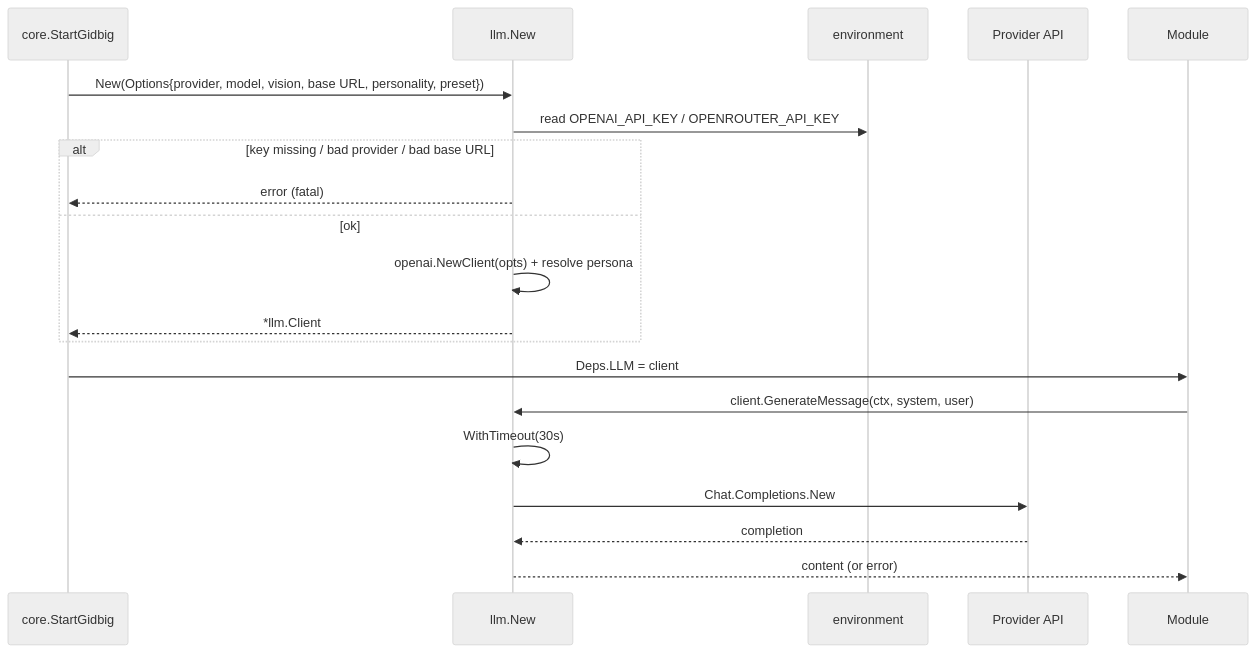
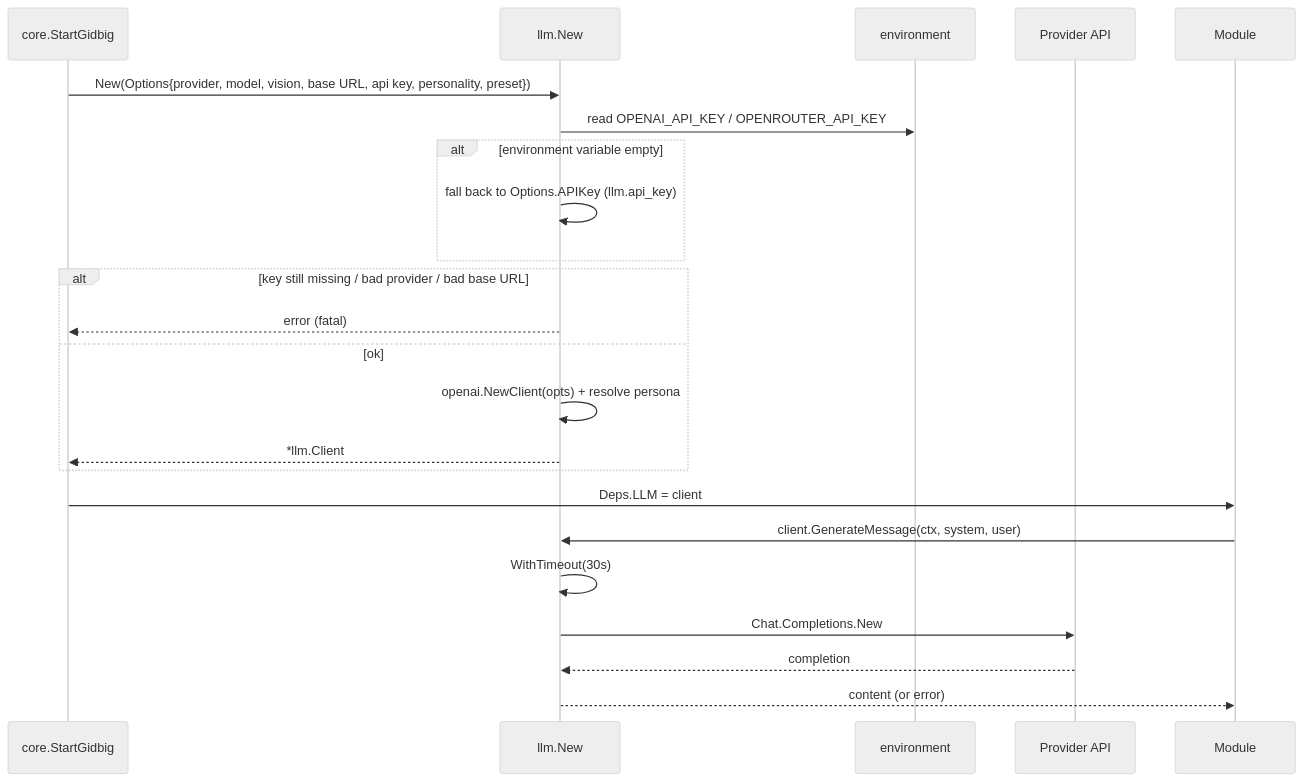
The diagram in docs/modules/llm.md (toksikk/gidbig), drawn with Mermaid (neutral theme) before and after one commit. The commit also changed other lines of this file and 7 other files, not shown here.

First line of the commit message:
llm: accept the API key from config.yaml with an environment override

````diff
--- a/docs/modules/llm.md
+++ b/docs/modules/llm.md
@@ -24,23 +25,26 @@
 ```mermaid
 sequenceDiagram
     participant Core as core.StartGidbig
     participant L as llm.New
     participant Env as environment
     participant API as Provider API
     participant Mod as Module
 
-    Core->>L: New(Options{provider, model, vision, base URL, personality, preset})
+    Core->>L: New(Options{provider, model, vision, base URL, api key, personality, preset})
     L->>Env: read OPENAI_API_KEY / OPENROUTER_API_KEY
-    alt key missing / bad provider / bad base URL
+    alt environment variable empty
+        L->>L: fall back to Options.APIKey (llm.api_key)
+    end
+    alt key still missing / bad provider / bad base URL
         L-->>Core: error (fatal)
     else ok
         L->>L: openai.NewClient(opts) + resolve persona
         L-->>Core: *llm.Client
     end
     Core->>Mod: Deps.LLM = client
     Mod->>L: client.GenerateMessage(ctx, system, user)
     L->>L: WithTimeout(30s)
     L->>API: Chat.Completions.New
     API-->>L: completion
     L-->>Mod: content (or error)
 ```
````
